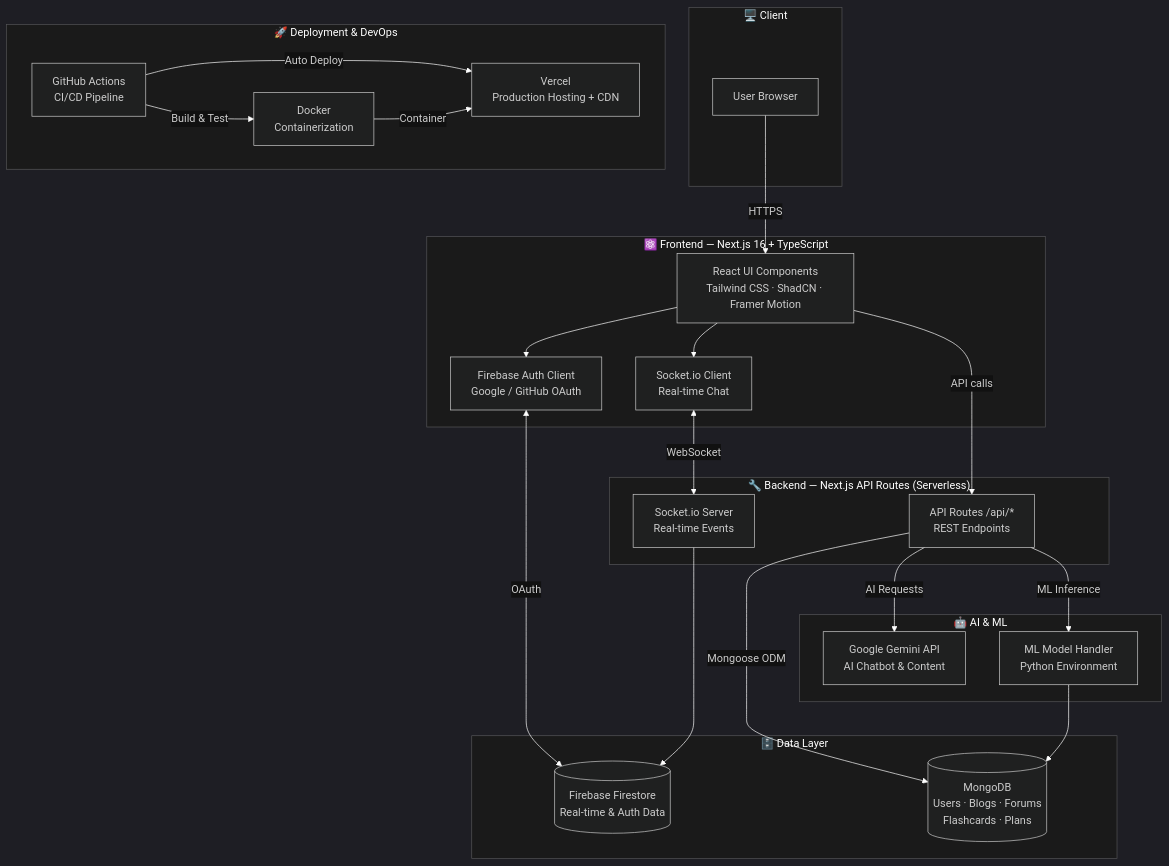
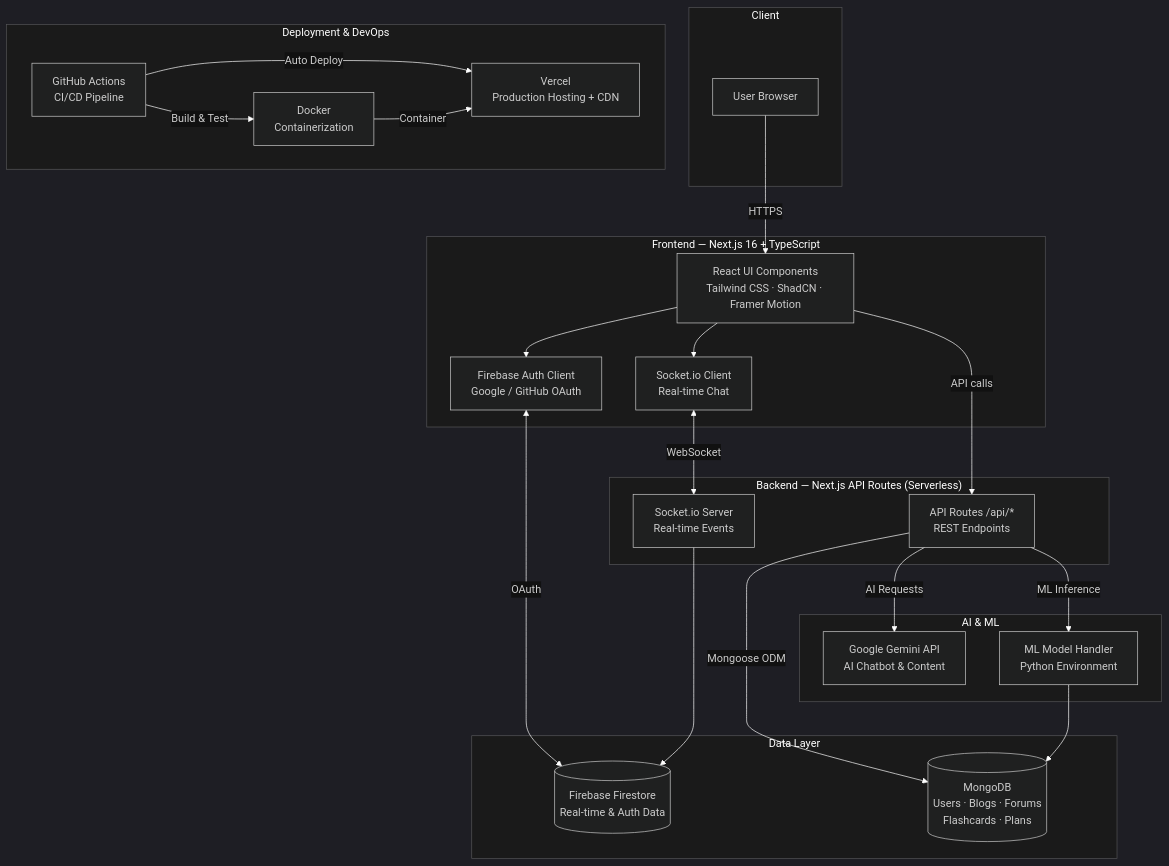
The diagram in README.md (Hari-hara7/Academic-pal), drawn with Mermaid before and after one commit. The commit also changed other lines of this file, not shown here.

````diff
--- a/README.md
+++ b/README.md
@@ -29,49 +29,49 @@
 ```mermaid
 %%{init: {"theme": "dark", "themeVariables": {"background": "#111111", "primaryColor": "#1e1e1e", "primaryTextColor": "#ffffff", "primaryBorderColor": "#ffffff", "lineColor": "#ffffff", "secondaryColor": "#1a1a1a", "tertiaryColor": "#0d0d0d", "clusterBkg": "#1a1a1a", "titleColor": "#ffffff", "edgeLabelBackground": "#111111"}}}%%
 graph TB
-    subgraph Client["🖥️ Client"]
+    subgraph Client[" Client"]
         Browser["User Browser"]
     end
 
-    subgraph FE["⚛️ Frontend — Next.js 16 + TypeScript"]
+    subgraph FE[" Frontend — Next.js 16 + TypeScript"]
         UI["React UI Components\nTailwind CSS · ShadCN · Framer Motion"]
         AuthClient["Firebase Auth Client\nGoogle / GitHub OAuth"]
         SocketClient["Socket.io Client\nReal-time Chat"]
     end
 
-    subgraph BE["🔧 Backend — Next.js API Routes (Serverless)"]
+    subgraph BE[" Backend — Next.js API Routes (Serverless)"]
         APIRoutes["API Routes /api/*\nREST Endpoints"]
         SocketServer["Socket.io Server\nReal-time Events"]
     end
 
-    subgraph AI["🤖 AI & ML"]
+    subgraph AI[" AI & ML"]
         GeminiAPI["Google Gemini API\nAI Chatbot & Content"]
         MLHandler["ML Model Handler\nPython Environment"]
     end
 
-    subgraph DB["🗄️ Data Layer"]
+    subgraph DB[" Data Layer"]
         MongoDB[("MongoDB\nUsers · Blogs · Forums\nFlashcards · Plans")]
         FirestoreDB[("Firebase Firestore\nReal-time & Auth Data")]
     end
 
-    subgraph Deploy["🚀 Deployment & DevOps"]
+    subgraph Deploy[" Deployment & DevOps"]
         Vercel["Vercel\nProduction Hosting + CDN"]
         Docker["Docker\nContainerization"]
         CI["GitHub Actions\nCI/CD Pipeline"]
     end
 
     Browser -->|HTTPS| UI
     UI --> AuthClient
     UI --> SocketClient
     UI -->|API calls| APIRoutes
     AuthClient <-->|OAuth| FirestoreDB
     SocketClient <-->|WebSocket| SocketServer
     APIRoutes -->|Mongoose ODM| MongoDB
     APIRoutes -->|AI Requests| GeminiAPI
     APIRoutes -->|ML Inference| MLHandler
     MLHandler --> MongoDB
     SocketServer --> FirestoreDB
     CI -->|Build & Test| Docker
     CI -->|Auto Deploy| Vercel
     Docker -->|Container| Vercel
 ```
````
